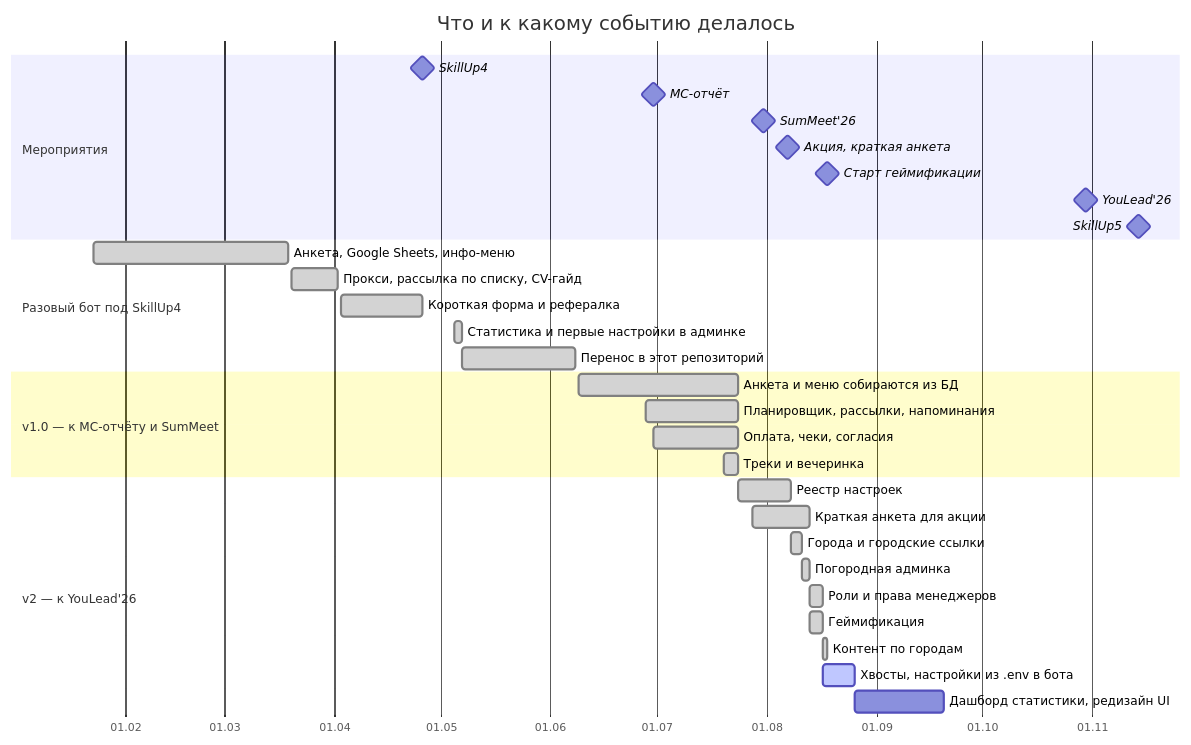
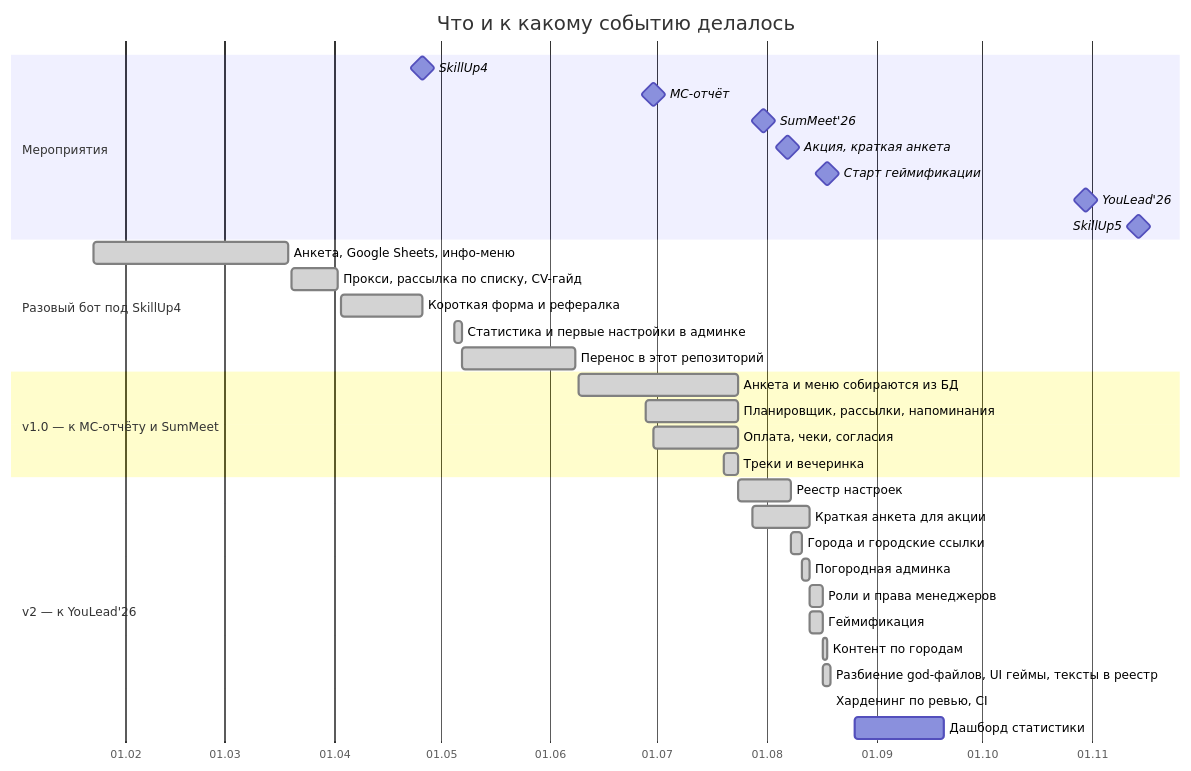
One commit to qleafye/AIESEC_event_bot changed the first of 3 diagrams in README.md. Above: the diagram before and after it, drawn with Mermaid. The commit also changed other lines of this file, not shown here.

First line of the commit message:
docs(readme): чек-лист обновления на сервере, логи, Sheets-колонки и IMPORTRANGE, реестр текстов, структура модулей

````diff
--- a/README.md
+++ b/README.md
@@ -80,39 +85,40 @@
 ```mermaid
 gantt
     title Что и к какому событию делалось
     dateFormat YYYY-MM-DD
     axisFormat %d.%m
 
     section Мероприятия
     SkillUp4                            :milestone, 2026-04-26, 0d
     МС-отчёт                            :milestone, 2026-06-30, 0d
     SumMeet'26                          :milestone, 2026-07-31, 0d
     Акция, краткая анкета               :milestone, 2026-08-07, 0d
     Старт геймификации                  :milestone, 2026-08-18, 0d
     YouLead'26                          :milestone, 2026-10-30, 0d
     SkillUp5                            :milestone, 2026-11-14, 0d
 
     section Разовый бот под SkillUp4
     Анкета, Google Sheets, инфо-меню    :done, 2026-01-23, 2026-03-19
     Прокси, рассылка по списку, CV-гайд :done, 2026-03-20, 2026-04-02
     Короткая форма и рефералка          :done, 2026-04-03, 2026-04-26
     Статистика и первые настройки в админке :done, 2026-05-05, 2026-05-07
     Перенос в этот репозиторий          :done, 2026-05-07, 2026-06-08
 
     section v1.0 — к МС-отчёту и SumMeet
     Анкета и меню собираются из БД      :done, 2026-06-09, 2026-07-24
     Планировщик, рассылки, напоминания  :done, 2026-06-28, 2026-07-24
     Оплата, чеки, согласия              :done, 2026-06-30, 2026-07-24
     Треки и вечеринка                   :done, 2026-07-20, 2026-07-24
 
     section v2 — к YouLead'26
     Реестр настроек                     :done, 2026-07-24, 2026-08-08
     Краткая анкета для акции            :done, 2026-07-28, 2026-08-13
     Города и городские ссылки           :done, 2026-08-08, 2026-08-11
     Погородная админка                  :done, 2026-08-11, 2026-08-13
     Роли и права менеджеров             :done, 2026-08-13, 2026-08-17
     Геймификация                        :done, 2026-08-13, 2026-08-17
     Контент по городам                  :done, 2026-08-17, 2026-08-18
-    Хвосты, настройки из .env в бота    :active, 2026-08-17, 2026-08-26
-    Дашборд статистики, редизайн UI     :2026-08-26, 2026-09-20
+    Разбиение god-файлов, UI геймы, тексты в реестр :done, 2026-08-17, 2026-08-19
+    Хардeнинг по ревью, CI              :done, 2026-08-19, 2026-08-19
+    Дашборд статистики                  :2026-08-26, 2026-09-20
 ```
````
